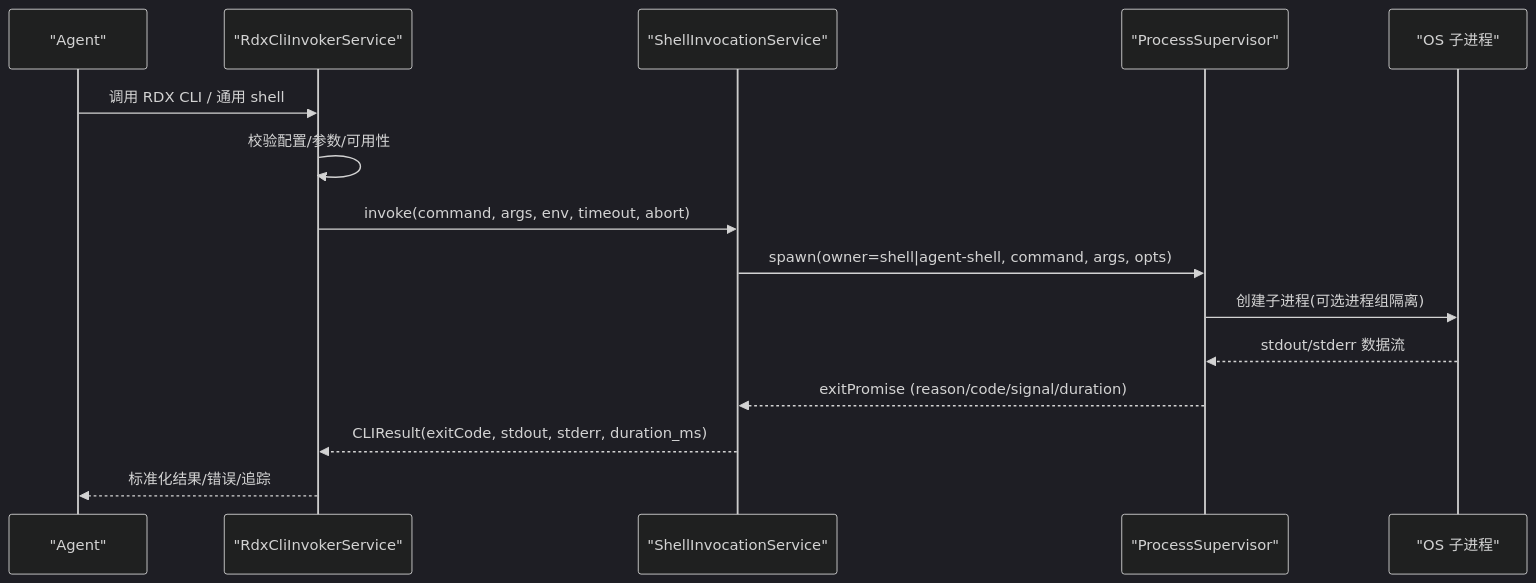
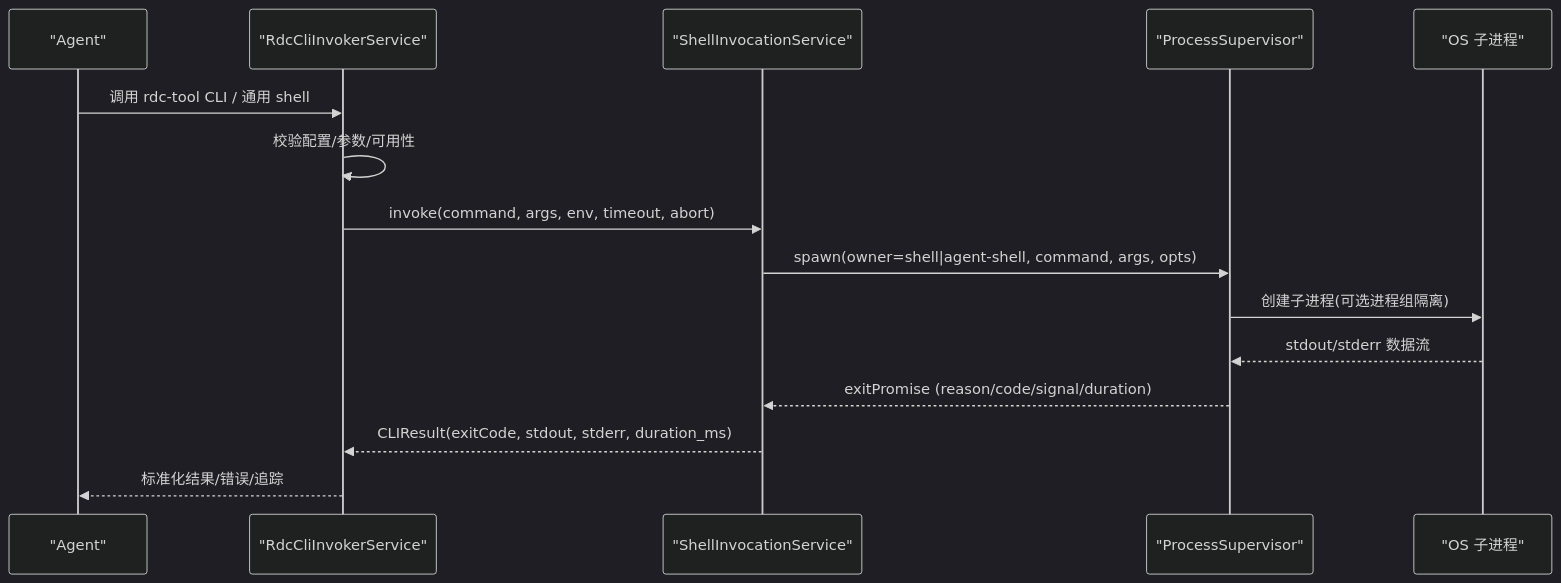
One commit to haolange/RDC-Agent changed the second of 5 diagrams in .qoder/repowiki/zh/content/API 参考/工具 API/Shell 工具接口.md. Above: the diagram before and after it, drawn with Mermaid (dark theme). The commit also changed other lines of this file and 557 other files, not shown here.

First line of the commit message:
Unify RDC-Agent identity and canonical RDC-Tool integration

````diff
--- a/.qoder/repowiki/zh/content/API 参考/工具 API/Shell 工具接口.md
+++ b/.qoder/repowiki/zh/content/API 参考/工具 API/Shell 工具接口.md
@@ -89,17 +89,17 @@
 ```mermaid
 sequenceDiagram
 participant Agent as "Agent"
-participant Tool as "RdxCliInvokerService"
+participant Tool as "RdcCliInvokerService"
 participant Svc as "ShellInvocationService"
 participant PS as "ProcessSupervisor"
 participant OS as "OS 子进程"
-Agent->>Tool : 调用 RDX CLI / 通用 shell
+Agent->>Tool : 调用 rdc-tool CLI / 通用 shell
 Tool->>Tool : 校验配置/参数/可用性
 Tool->>Svc : invoke(command, args, env, timeout, abort)
 Svc->>PS : spawn(owner=shell|agent-shell, command, args, opts)
 PS->>OS : 创建子进程(可选进程组隔离)
 OS-->>PS : stdout/stderr 数据流
 PS-->>Svc : exitPromise (reason/code/signal/duration)
 Svc-->>Tool : CLIResult(exitCode, stdout, stderr, duration_ms)
 Tool-->>Agent : 标准化结果/错误/追踪
 ```
````
